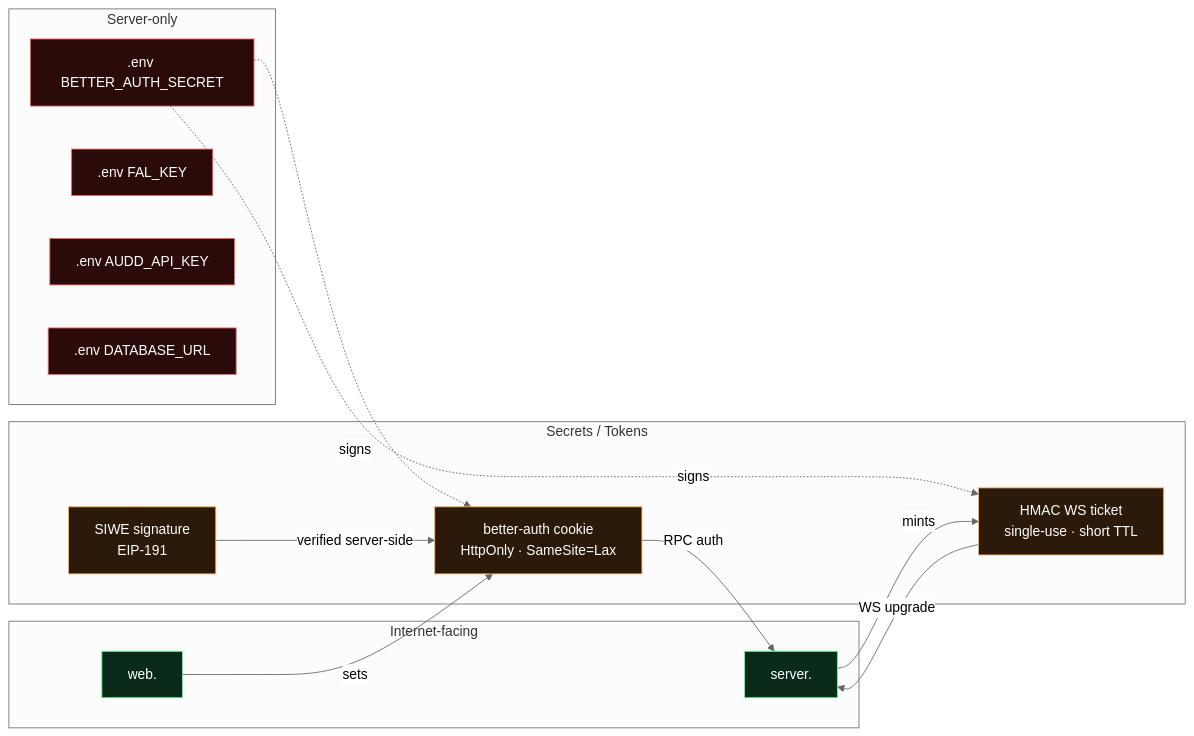
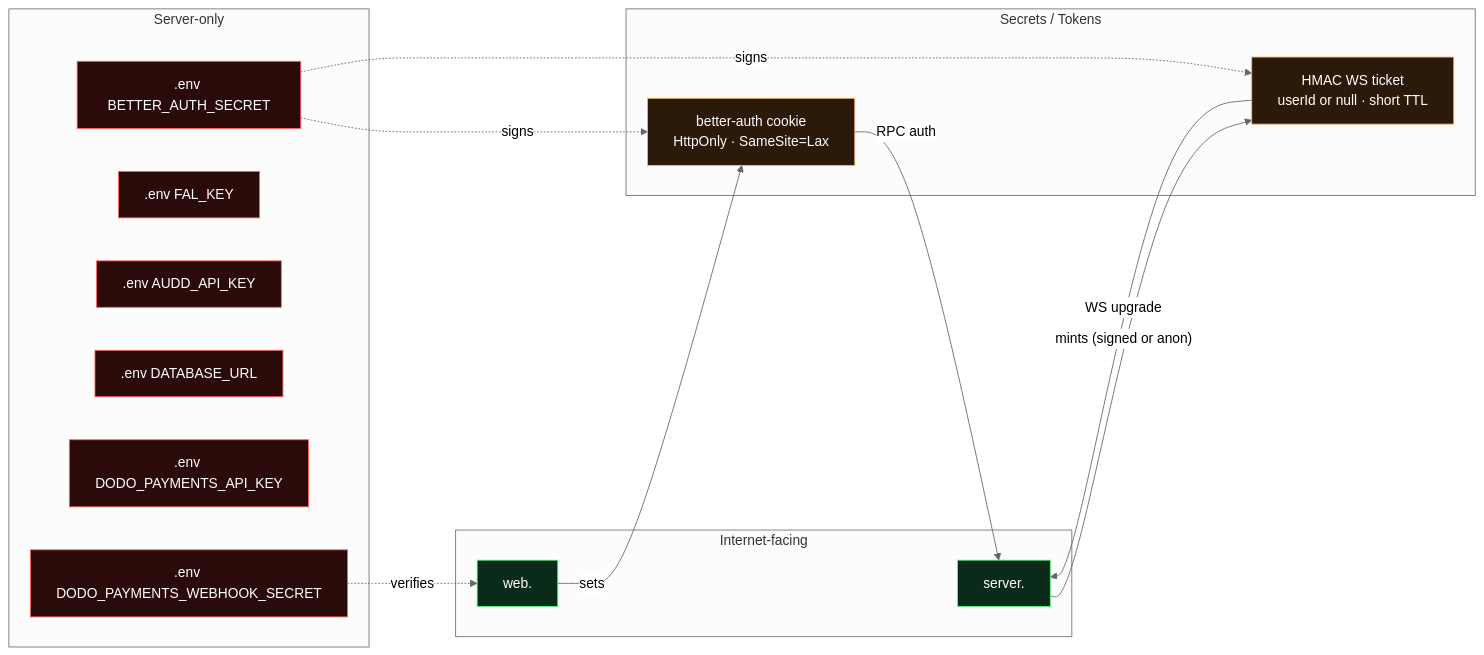
One commit to grmkris/sonara changed diagram 12 of 13 in INFRASTRUCTURE.md. Above: the diagram before and after it, drawn with Mermaid (neutral theme). The commit also changed other lines of this file and 3 other files, not shown here.

First line of the commit message:
docs: drop SIWE/Reown/USDC remnants, refresh post-anon-demo state

````diff
--- a/INFRASTRUCTURE.md
+++ b/INFRASTRUCTURE.md
@@ -437,36 +431,37 @@
 ```mermaid
 flowchart LR
     subgraph Public["Internet-facing"]
         WebDom["web.<domain>"]
         SrvDom["server.<domain>"]
     end
 
     subgraph Tokens["Secrets / Tokens"]
         Cookie["better-auth cookie<br/>HttpOnly · SameSite=Lax"]
-        Ticket["HMAC WS ticket<br/>single-use · short TTL"]
-        SiweSig["SIWE signature<br/>EIP-191"]
+        Ticket["HMAC WS ticket<br/>userId or null · short TTL"]
     end
 
     subgraph Server["Server-only"]
         AuthSecret[".env BETTER_AUTH_SECRET"]
         FalKey[".env FAL_KEY"]
         Audd[".env AUDD_API_KEY"]
         DbUrl[".env DATABASE_URL"]
+        DodoKey[".env DODO_PAYMENTS_API_KEY"]
+        DodoHook[".env DODO_PAYMENTS_WEBHOOK_SECRET"]
     end
 
     WebDom -- "sets" --> Cookie
     Cookie -- "RPC auth" --> SrvDom
-    SrvDom -- "mints" --> Ticket
+    SrvDom -- "mints (signed or anon)" --> Ticket
     Ticket -- "WS upgrade" --> SrvDom
-    SiweSig -- "verified server-side" --> Cookie
 
     AuthSecret -. "signs" .-> Cookie
     AuthSecret -. "signs" .-> Ticket
+    DodoHook -. "verifies" .-> WebDom
 
     classDef secret fill:#2b0a0a,stroke:#ff5f5f,color:#fff
     classDef token fill:#2b1a0a,stroke:#ffaf5f,color:#fff
     classDef pub fill:#0a2b1a,stroke:#5fff8f,color:#fff
-    class AuthSecret,FalKey,Audd,DbUrl secret
-    class Cookie,Ticket,SiweSig token
+    class AuthSecret,FalKey,Audd,DbUrl,DodoKey,DodoHook secret
+    class Cookie,Ticket token
     class WebDom,SrvDom pub
 ```
````
